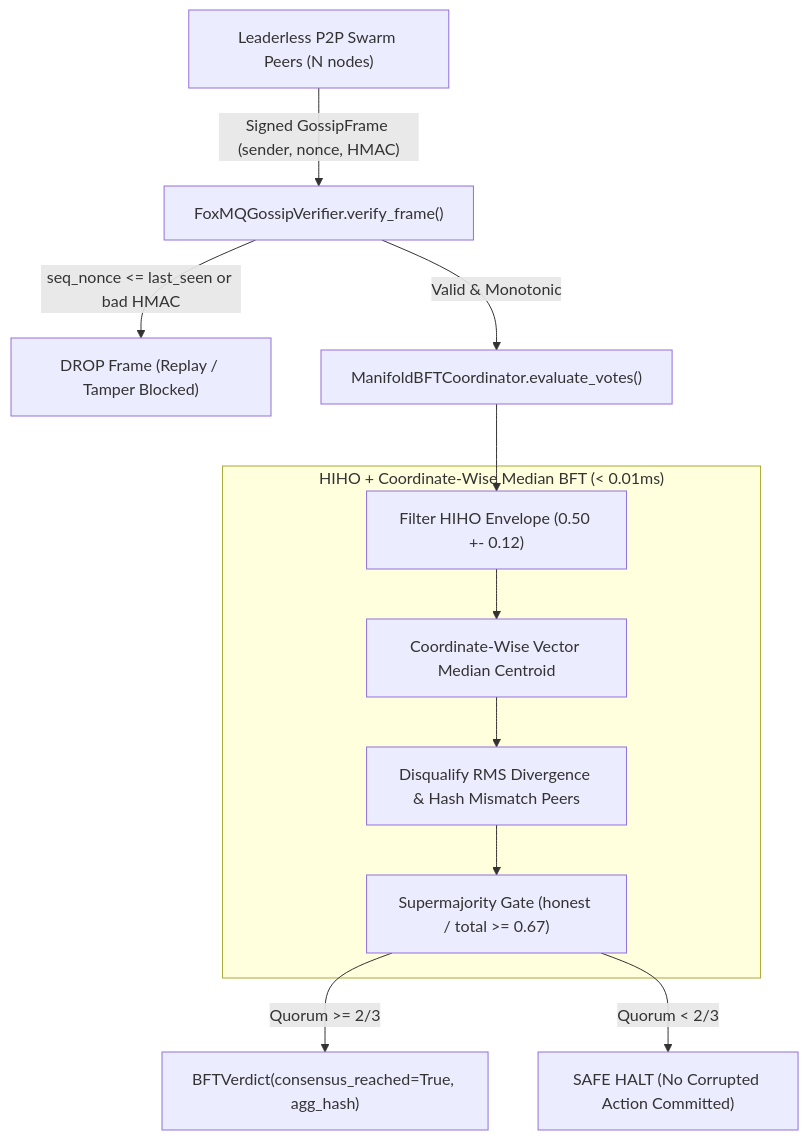
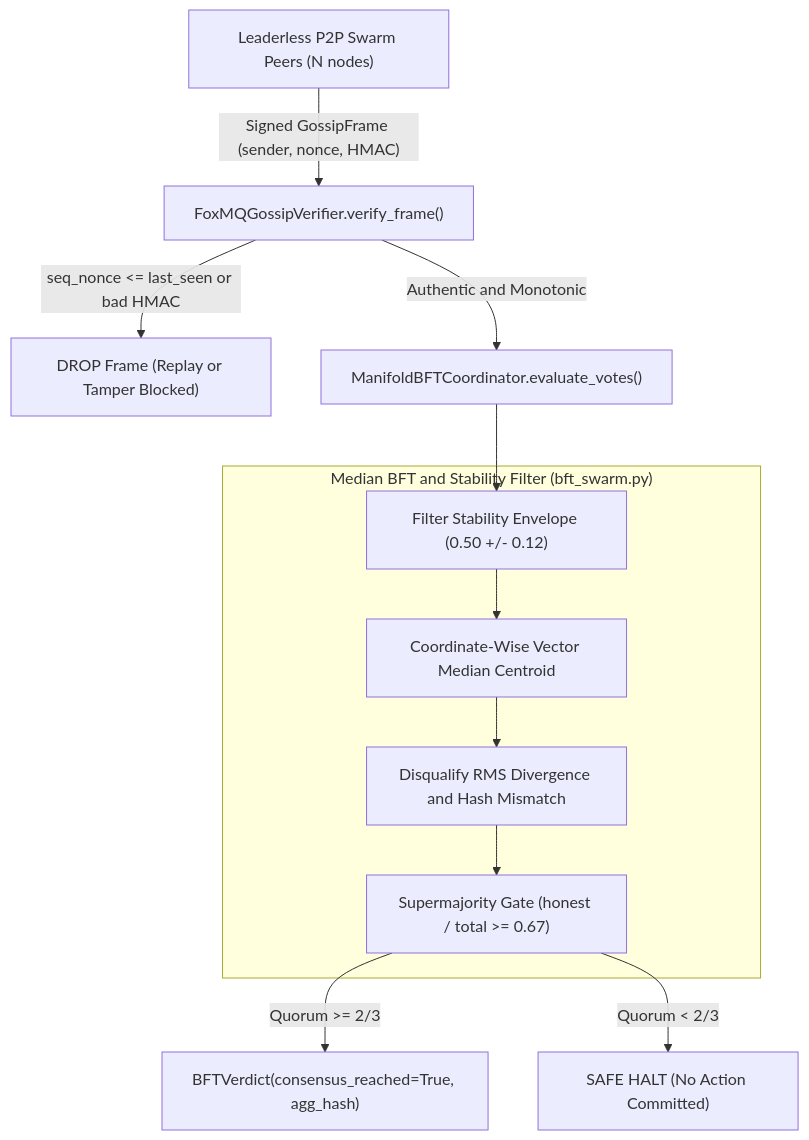
One commit to manderson240/vertex-swarm-agent changed the first of 2 diagrams in BUIDL_SUBMISSION.md. Above: the diagram before and after it, drawn with Mermaid. The commit also changed other lines of this file and 4 other files, not shown here.

Commit message:
docs: clean writing style, explain stability filter plainly, and add benchmark

````diff
--- a/BUIDL_SUBMISSION.md
+++ b/BUIDL_SUBMISSION.md
@@ -45,15 +43,15 @@
 ```mermaid
 flowchart TD
     Peers["Leaderless P2P Swarm Peers (N nodes)"] -->|"Signed GossipFrame (sender, nonce, HMAC)"| FoxMQ["FoxMQGossipVerifier.verify_frame()"]
-    FoxMQ -->|"seq_nonce <= last_seen or bad HMAC"| Drop["DROP Frame (Replay / Tamper Blocked)"]
-    FoxMQ -->|"Valid & Monotonic"| BFT["ManifoldBFTCoordinator.evaluate_votes()"]
-    subgraph Consensus["HIHO + Coordinate-Wise Median BFT (< 0.01ms)"]
-        HIHO["Filter HIHO Envelope (0.50 +- 0.12)"]
+    FoxMQ -->|"seq_nonce <= last_seen or bad HMAC"| Drop["DROP Frame (Replay or Tamper Blocked)"]
+    FoxMQ -->|"Authentic and Monotonic"| BFT["ManifoldBFTCoordinator.evaluate_votes()"]
+    subgraph Consensus["Median BFT and Stability Filter (bft_swarm.py)"]
+        Stab["Filter Stability Envelope (0.50 +/- 0.12)"]
         Median["Coordinate-Wise Vector Median Centroid"]
-        Disq["Disqualify RMS Divergence & Hash Mismatch Peers"]
+        Disq["Disqualify RMS Divergence and Hash Mismatch"]
         Quorum["Supermajority Gate (honest / total >= 0.67)"]
     end
-    BFT --> HIHO --> Median --> Disq --> Quorum
+    BFT --> Stab --> Median --> Disq --> Quorum
     Quorum -->|"Quorum >= 2/3"| Certified["BFTVerdict(consensus_reached=True, agg_hash)"]
-    Quorum -->|"Quorum < 2/3"| Halt["SAFE HALT (No Corrupted Action Committed)"]
+    Quorum -->|"Quorum < 2/3"| Halt["SAFE HALT (No Action Committed)"]
 ```
````
